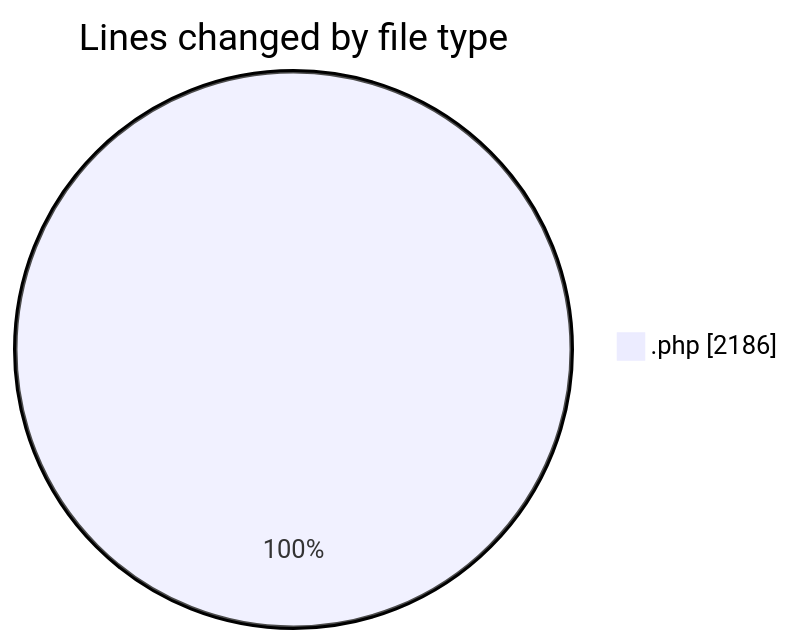
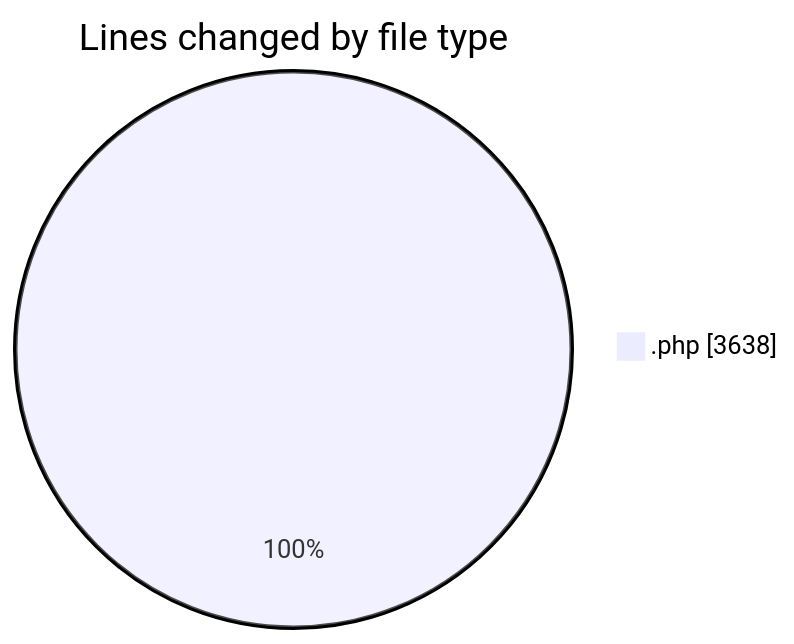
The first of 2 diagrams in 2025-09-02/quytuthien_vn/README.md (lephambinh05/code-tracking), drawn with Mermaid before and after one commit. The commit also changed other lines of this file and 1 other file, not shown here.

````diff
--- a/2025-09-02/quytuthien_vn/README.md
+++ b/2025-09-02/quytuthien_vn/README.md
@@ -20,5 +20,5 @@
 ```mermaid
 pie showData
 title Lines changed by file type
-".php" : 2186
+".php" : 3638
 ```
````
